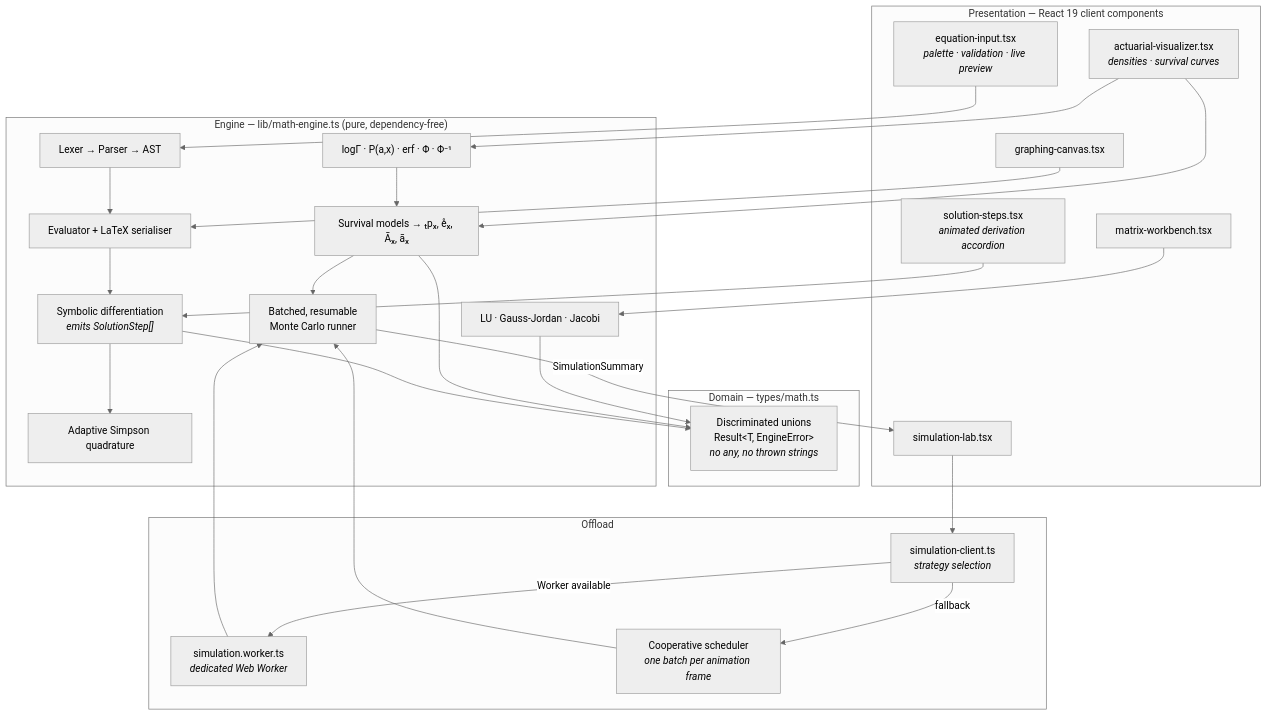
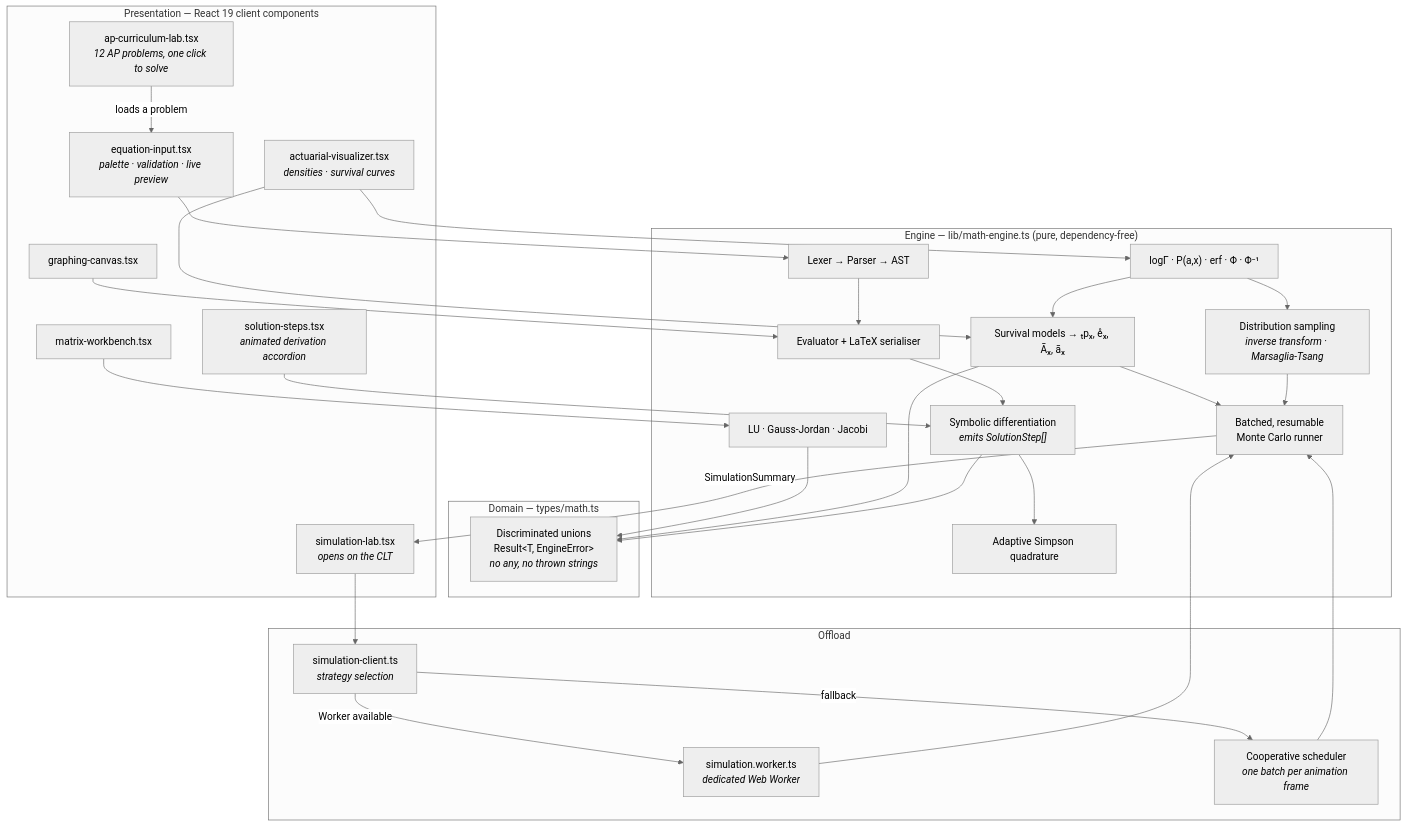
One commit to dung037517-netizen/mathforge changed the first of 2 diagrams in README.md. Above: the diagram before and after it, drawn with Mermaid (neutral theme). The commit also changed other lines of this file and 12 other files, not shown here.

````diff
--- a/README.md
+++ b/README.md
@@ -48,52 +96,56 @@
 ```mermaid
 flowchart TB
     subgraph UI["Presentation — React 19 client components"]
+        AP["ap-curriculum-lab.tsx<br/><i>12 AP problems, one click to solve</i>"]
         EI["equation-input.tsx<br/><i>palette · validation · live preview</i>"]
         AV["actuarial-visualizer.tsx<br/><i>densities · survival curves</i>"]
         SS["solution-steps.tsx<br/><i>animated derivation accordion</i>"]
         GC["graphing-canvas.tsx"]
         MW["matrix-workbench.tsx"]
-        SL["simulation-lab.tsx"]
+        SL["simulation-lab.tsx<br/><i>opens on the CLT</i>"]
     end
 
     subgraph DOM["Domain — types/math.ts"]
         T["Discriminated unions<br/>Result&lt;T, EngineError&gt;<br/><i>no any, no thrown strings</i>"]
     end
 
     subgraph ENG["Engine — lib/math-engine.ts (pure, dependency-free)"]
         LEX["Lexer → Parser → AST"]
         EVAL["Evaluator + LaTeX serialiser"]
         DIFF["Symbolic differentiation<br/><i>emits SolutionStep[]</i>"]
         INT["Adaptive Simpson quadrature"]
         LIN["LU · Gauss-Jordan · Jacobi"]
         SPEC["logΓ · P(a,x) · erf · Φ · Φ⁻¹"]
         SURV["Survival models → ₜpₓ, e̊ₓ, Āₓ, āₓ"]
+        SAMP["Distribution sampling<br/><i>inverse transform · Marsaglia-Tsang</i>"]
         MC["Batched, resumable<br/>Monte Carlo runner"]
     end
 
     subgraph OFF["Offload"]
         SC["simulation-client.ts<br/><i>strategy selection</i>"]
         WK["simulation.worker.ts<br/><i>dedicated Web Worker</i>"]
         FB["Cooperative scheduler<br/><i>one batch per animation frame</i>"]
     end
 
+    AP -->|"loads a problem"| EI
     EI --> LEX
     GC --> EVAL
     MW --> LIN
     AV --> SURV
     AV --> SPEC
     SS --> DIFF
     SL --> SC
 
     LEX --> EVAL --> DIFF --> INT
     SPEC --> SURV --> MC
+    SPEC --> SAMP --> MC
     LIN --> T
     SURV --> T
     DIFF --> T
 
     SC -->|"Worker available"| WK
     SC -->|"fallback"| FB
     WK --> MC
     FB --> MC
     MC -->|"SimulationSummary"| SL
 ```
````
